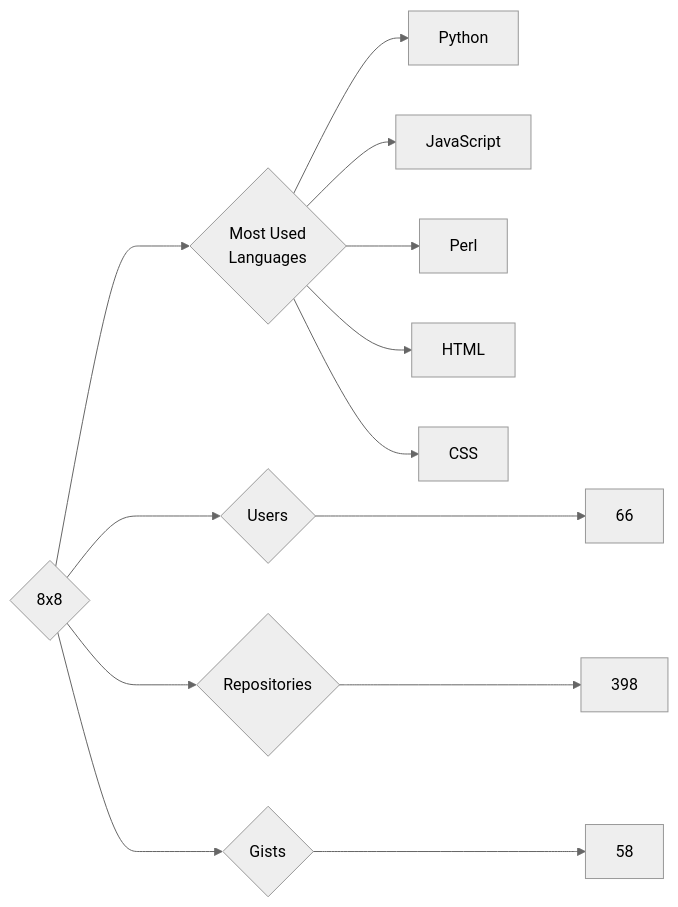
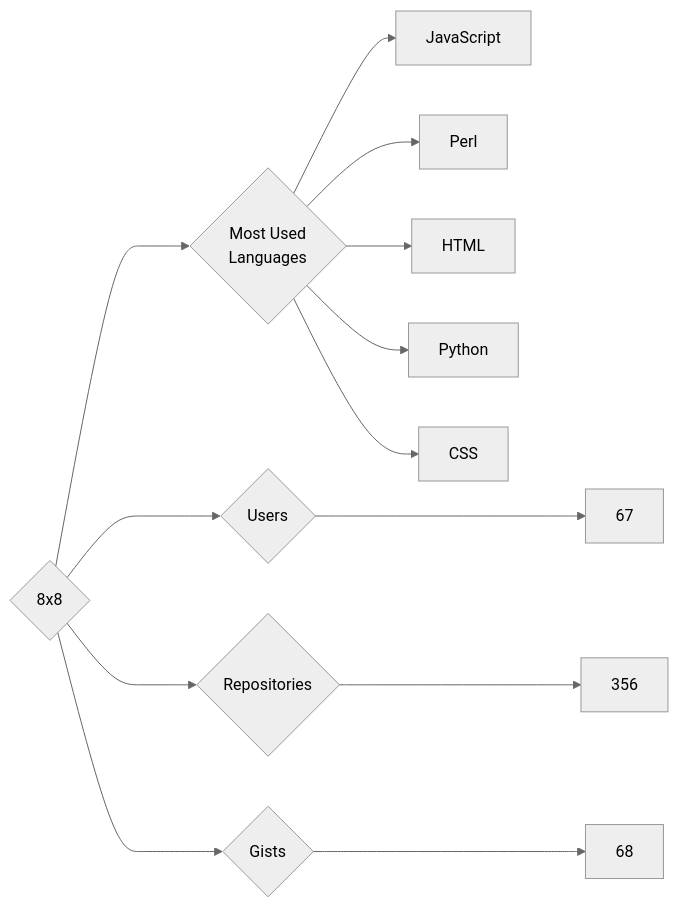
The diagram in targets/8x8/README.md (trickest/insiders), drawn with Mermaid (neutral theme) before and after one commit. The commit also changed 1088 other files, not shown here.

````diff
--- a/targets/8x8/README.md
+++ b/targets/8x8/README.md
@@ -3,13 +3,13 @@
 ```mermaid
 graph LR
 COMPANY_NAME{8x8}
-COMPANY_NAME ---> U{Users} ---> UN[66]
-COMPANY_NAME ---> R{Repositories} ---> RN[398]
-COMPANY_NAME ---> G{Gists} ---> GN[58]
+COMPANY_NAME ---> U{Users} ---> UN[67]
+COMPANY_NAME ---> R{Repositories} ---> RN[356]
+COMPANY_NAME ---> G{Gists} ---> GN[68]
 COMPANY_NAME ---> ML{Most Used<br>Languages}
-ML --> Python[Python]
 ML --> JavaScript[JavaScript]
 ML --> Perl[Perl]
 ML --> HTML[HTML]
+ML --> Python[Python]
 ML --> CSS[CSS]
 ```
````
